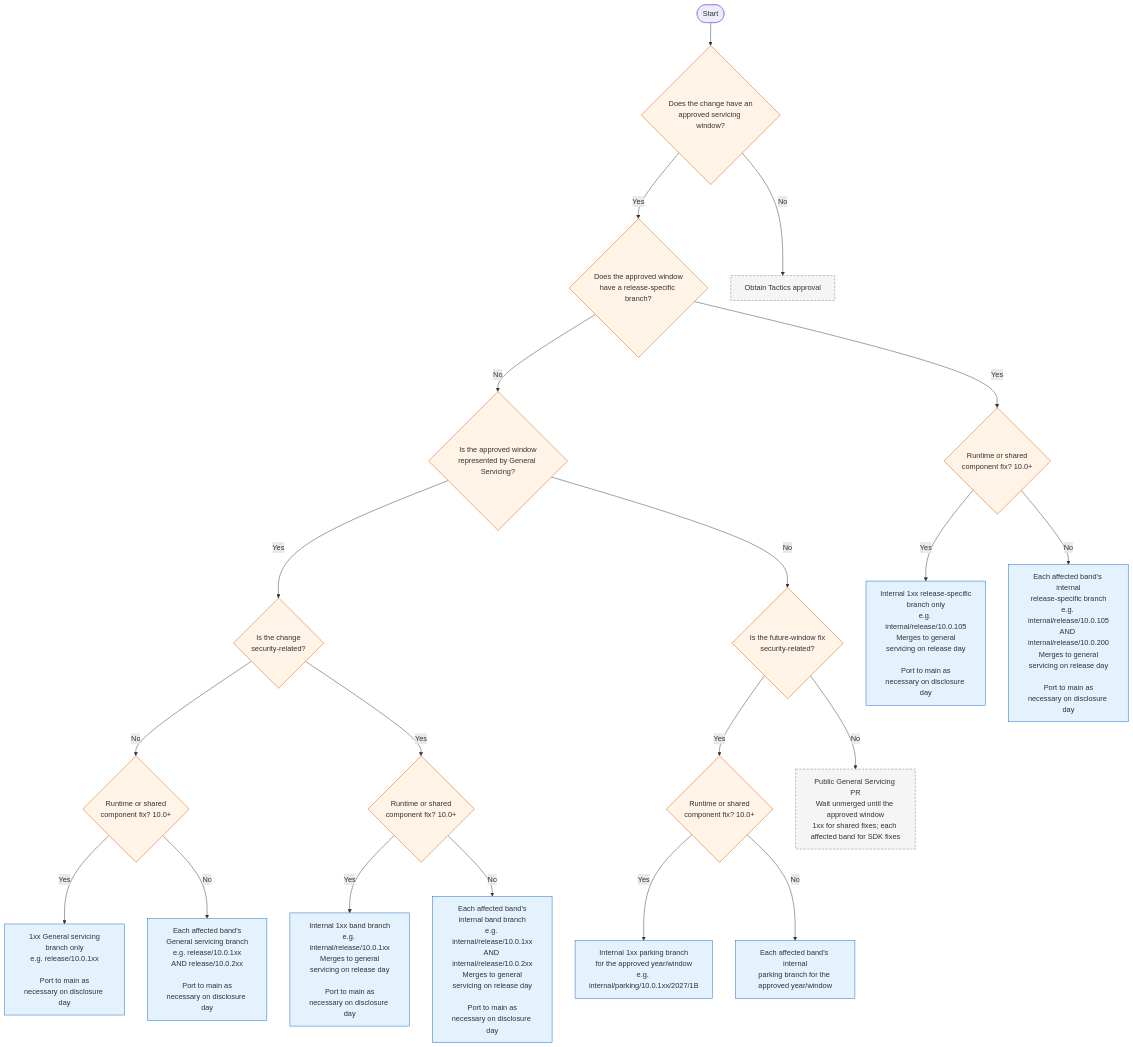
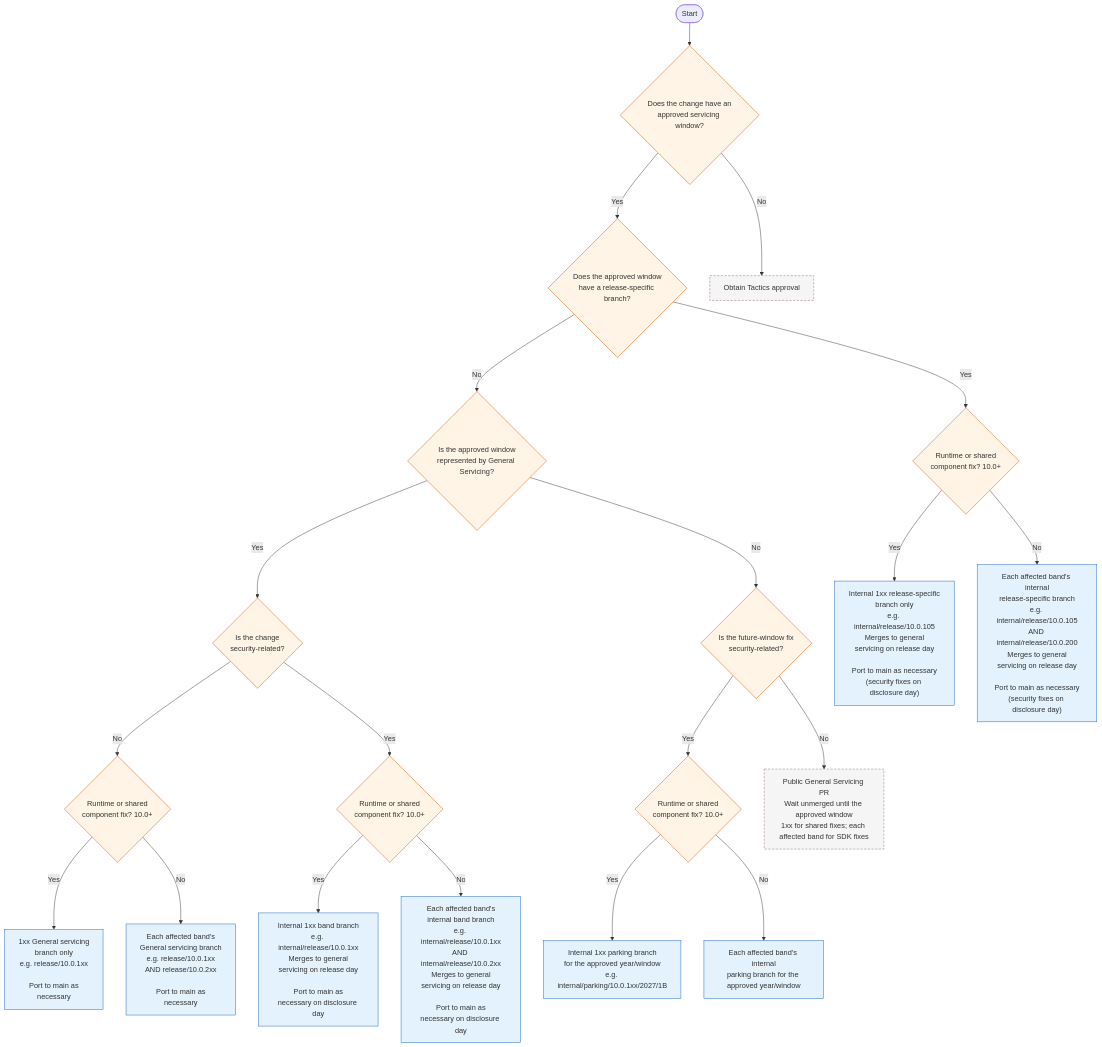
One commit to dotnet/dotnet changed the third of 3 diagrams in docs/VMR-Change-Target-Guide.md. Above: the diagram before and after it, drawn with Mermaid. The commit also changed other lines of this file, not shown here.

Commit message:
Clarify non-security servicing port timing
Copilot-Session: 30d15715-f642-46fb-b51c-3d965380c263

````diff
--- a/docs/VMR-Change-Target-Guide.md
+++ b/docs/VMR-Change-Target-Guide.md
@@ -144,56 +144,56 @@
 ```mermaid
 flowchart TD
     classDef decision fill:#fff4e5,stroke:#d35400,stroke-width:1px;
     classDef action fill:#e3f2fd,stroke:#1565c0,stroke-width:1px;
     classDef wait fill:#f5f5f5,stroke:#8d6e63,stroke-dasharray:5 3;
 
     start([Start])
     approved{Does the change have an<br/>approved servicing window?}
     releaseCut{Does the approved window<br/>have a release-specific branch?}
     generalWindow{Is the approved window<br/>represented by General Servicing?}
     futureSecurity{Is the future-window fix<br/>security-related?}
     parkingType{Runtime or shared<br/>component fix? 10.0+}
     security{Is the change<br/>security-related?}
     componentTypeNonSecNoCut{Runtime or shared<br/>component fix? 10.0+}
     componentTypeNonSecCut{Runtime or shared<br/>component fix? 10.0+}
     componentTypeSecNoCut{Runtime or shared<br/>component fix? 10.0+}
 
-    generalServicing1xx["1xx General servicing<br/>branch only<br/>e.g. release/10.0.1xx<br/><br/>Port to main as<br/>necessary on disclosure day"]
-    generalServicingAllBands["Each affected band's<br/>General servicing branch<br/>e.g. release/10.0.1xx<br/>AND release/10.0.2xx<br/><br/>Port to main as<br/>necessary on disclosure day"]
-    internalSpecific1xx["Internal 1xx release-specific<br/>branch only<br/>e.g. internal/release/10.0.105<br/>Merges to general<br/>servicing on release day<br/><br/>Port to main as<br/>necessary on disclosure day"]
-    internalSpecificAllBands["Each affected band's internal<br/>release-specific branch<br/>e.g. internal/release/10.0.105<br/>AND internal/release/10.0.200<br/>Merges to general<br/>servicing on release day<br/><br/>Port to main as<br/>necessary on disclosure day"]
+    generalServicing1xx["1xx General servicing<br/>branch only<br/>e.g. release/10.0.1xx<br/><br/>Port to main as<br/>necessary"]
+    generalServicingAllBands["Each affected band's<br/>General servicing branch<br/>e.g. release/10.0.1xx<br/>AND release/10.0.2xx<br/><br/>Port to main as<br/>necessary"]
+    internalSpecific1xx["Internal 1xx release-specific<br/>branch only<br/>e.g. internal/release/10.0.105<br/>Merges to general<br/>servicing on release day<br/><br/>Port to main as necessary<br/>(security fixes on disclosure day)"]
+    internalSpecificAllBands["Each affected band's internal<br/>release-specific branch<br/>e.g. internal/release/10.0.105<br/>AND internal/release/10.0.200<br/>Merges to general<br/>servicing on release day<br/><br/>Port to main as necessary<br/>(security fixes on disclosure day)"]
     internalGeneral1xx["Internal 1xx band branch<br/>e.g. internal/release/10.0.1xx<br/>Merges to general<br/>servicing on release day<br/><br/>Port to main as<br/>necessary on disclosure day"]
     internalGeneralAllBands["Each affected band's<br/>internal band branch<br/>e.g. internal/release/10.0.1xx<br/>AND internal/release/10.0.2xx<br/>Merges to general<br/>servicing on release day<br/><br/>Port to main as<br/>necessary on disclosure day"]
     parking1xx["Internal 1xx parking branch<br/>for the approved year/window<br/>e.g. internal/parking/10.0.1xx/2027/1B"]
     parkingAllBands["Each affected band's internal<br/>parking branch for the approved year/window"]
     holdChange["Obtain Tactics approval"]
     waitPublic["Public General Servicing PR<br/>Wait unmerged until the approved window<br/>1xx for shared fixes; each affected band for SDK fixes"]
 
     start --> approved
     approved -- "No" --> holdChange
     approved -- "Yes" --> releaseCut
     releaseCut -- "Yes" --> componentTypeNonSecCut
     releaseCut -- "No" --> generalWindow
     generalWindow -- "Yes" --> security
     generalWindow -- "No" --> futureSecurity
     futureSecurity -- "Yes" --> parkingType
     futureSecurity -- "No" --> waitPublic
     parkingType -- "Yes" --> parking1xx
     parkingType -- "No" --> parkingAllBands
 
     security -- "No" --> componentTypeNonSecNoCut
     security -- "Yes" --> componentTypeSecNoCut
 
     componentTypeNonSecNoCut -- "Yes" --> generalServicing1xx
     componentTypeNonSecNoCut -- "No" --> generalServicingAllBands
 
     componentTypeNonSecCut -- "Yes" --> internalSpecific1xx
     componentTypeNonSecCut -- "No" --> internalSpecificAllBands
 
     componentTypeSecNoCut -- "Yes" --> internalGeneral1xx
     componentTypeSecNoCut -- "No" --> internalGeneralAllBands
 
     class approved,releaseCut,generalWindow,futureSecurity,parkingType,security,componentTypeNonSecNoCut,componentTypeNonSecCut,componentTypeSecNoCut decision;
     class generalServicing1xx,generalServicingAllBands,internalSpecific1xx,internalSpecificAllBands,internalGeneral1xx,internalGeneralAllBands,parking1xx,parkingAllBands action;
     class holdChange,waitPublic wait;
 ```
````
